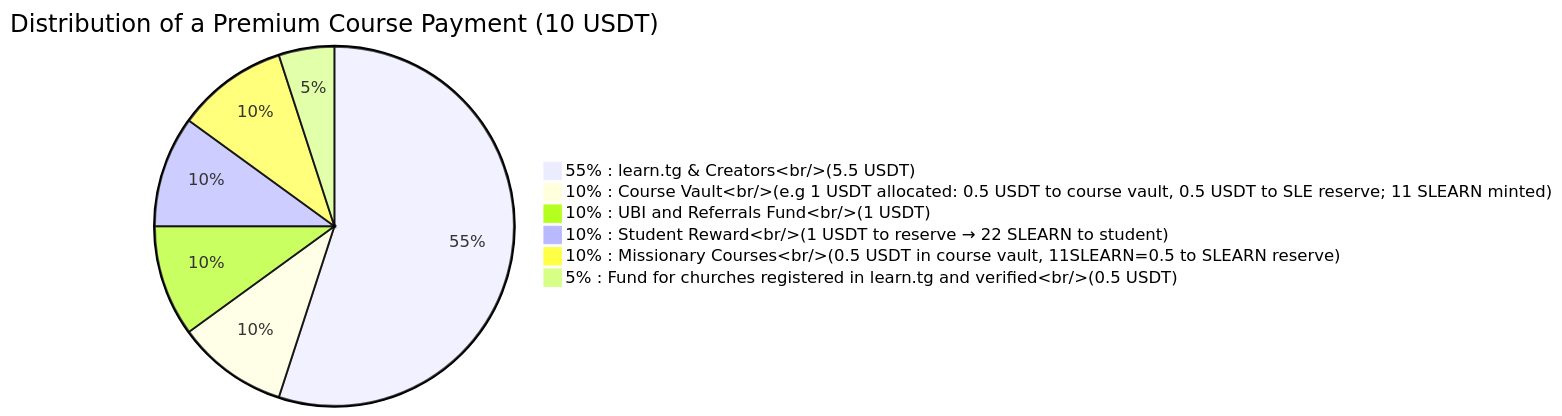
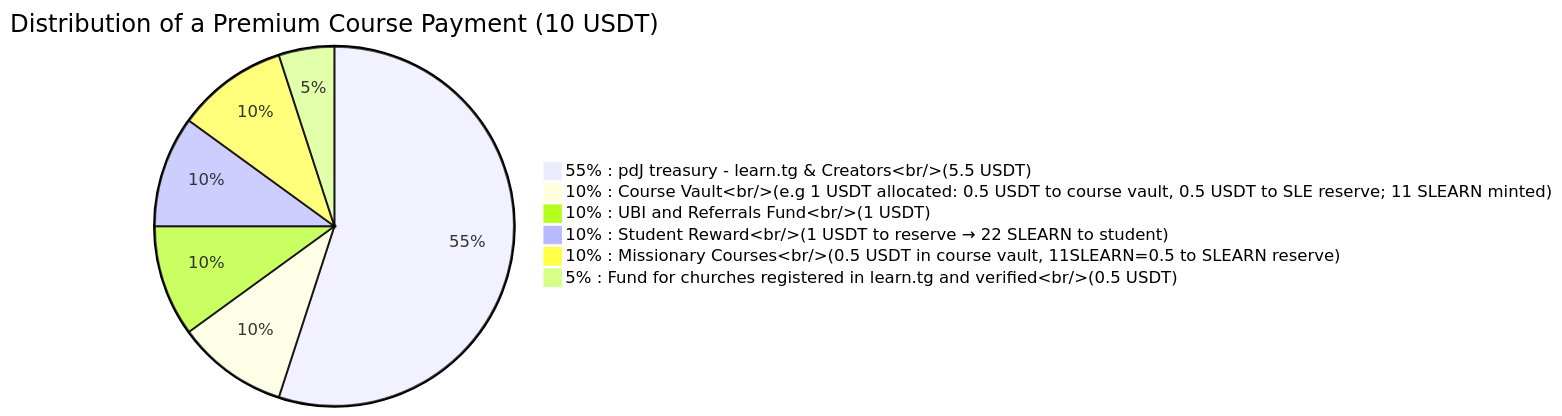
One commit to pasosdeJesus/learn.tg changed the second of 2 diagrams in SLEARN-WHITEPAPER.md. Above: the diagram before and after it, drawn with Mermaid. The commit also changed other lines of this file, not shown here.

````diff
--- a/SLEARN-WHITEPAPER.md
+++ b/SLEARN-WHITEPAPER.md
@@ -140,10 +140,10 @@
 ```mermaid
 pie
     title Distribution of a Premium Course Payment (10 USDT)
-    "55% : learn.tg & Creators<br/>(5.5 USDT)" : 55
+    "55% : pdJ treasury - learn.tg & Creators<br/>(5.5 USDT)" : 55
     "10% : Course Vault<br/>(e.g 1 USDT allocated: 0.5 USDT to course vault, 0.5 USDT to SLE reserve; 11 SLEARN minted)" : 10
     "10% : UBI and Referrals Fund<br/>(1 USDT)" : 10
     "10% : Student Reward<br/>(1 USDT to reserve → 22 SLEARN to student)" : 10
     "10% : Missionary Courses<br/>(0.5 USDT in course vault, 11SLEARN=0.5 to SLEARN reserve)" : 10
     "5% : Fund for churches registered in learn.tg and verified<br/>(0.5 USDT)" : 5
 ```
````
